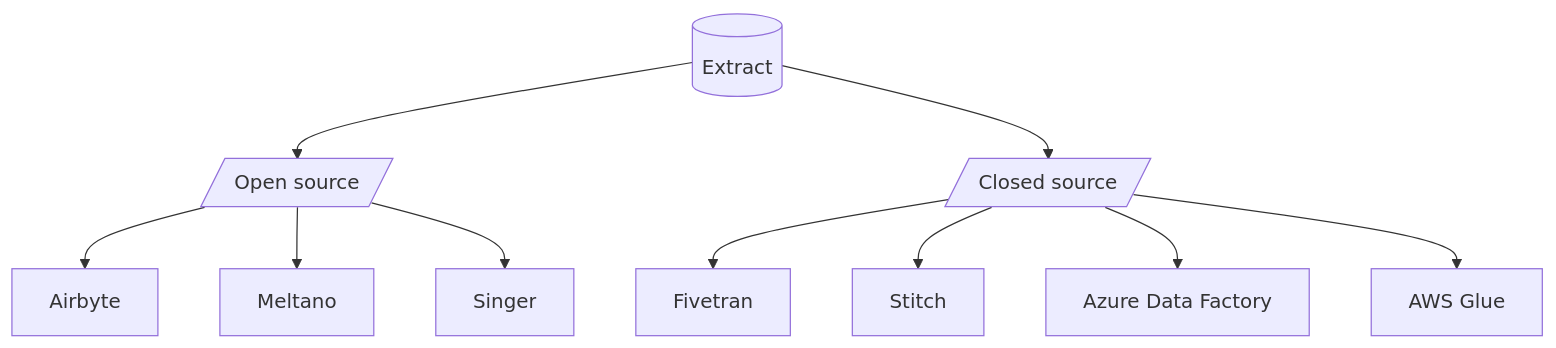
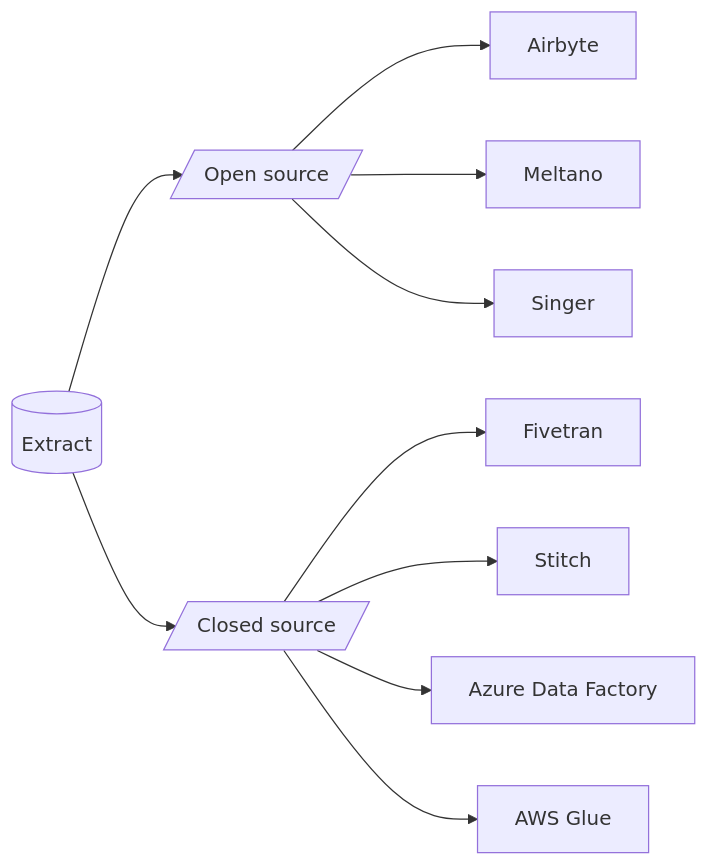
Before and after one commit to sanjidnet/sanjidnet.github.io: the second of 8 diagrams in Data Engineering/_posts/2023-09-03-data-engineering.md, drawn with Mermaid. The commit also changed other lines of this file, not shown here.

Commit message:
add description of each data engineering component and make charts vertical

````diff
--- a/Data Engineering/_posts/2023-09-03-data-engineering.md
+++ b/Data Engineering/_posts/2023-09-03-data-engineering.md
@@ -8,19 +44,19 @@
 ```mermaid
- flowchart
+ flowchart LR
 
   extract[(Extract)] 
   opensource[/Open source/] 
   extract --> opensource
   opensource --> Airbyte 
   opensource --> Meltano
   opensource --> Singer 
 
   closedsource[/Closed source/] 
   adf[Azure Data Factory]
   aws_glue[AWS Glue]
   extract --> closedsource
   closedsource --> Fivetran 
   closedsource --> Stitch 
   closedsource --> adf
   closedsource --> aws_glue 
 ```
````
